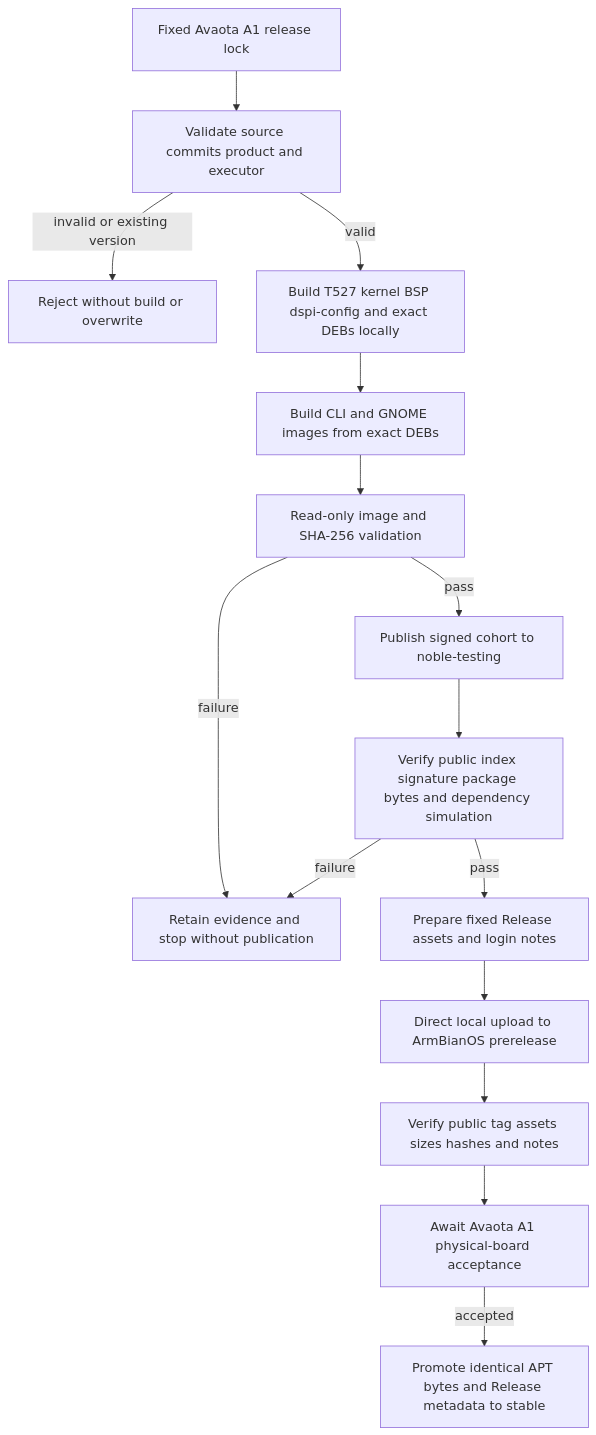
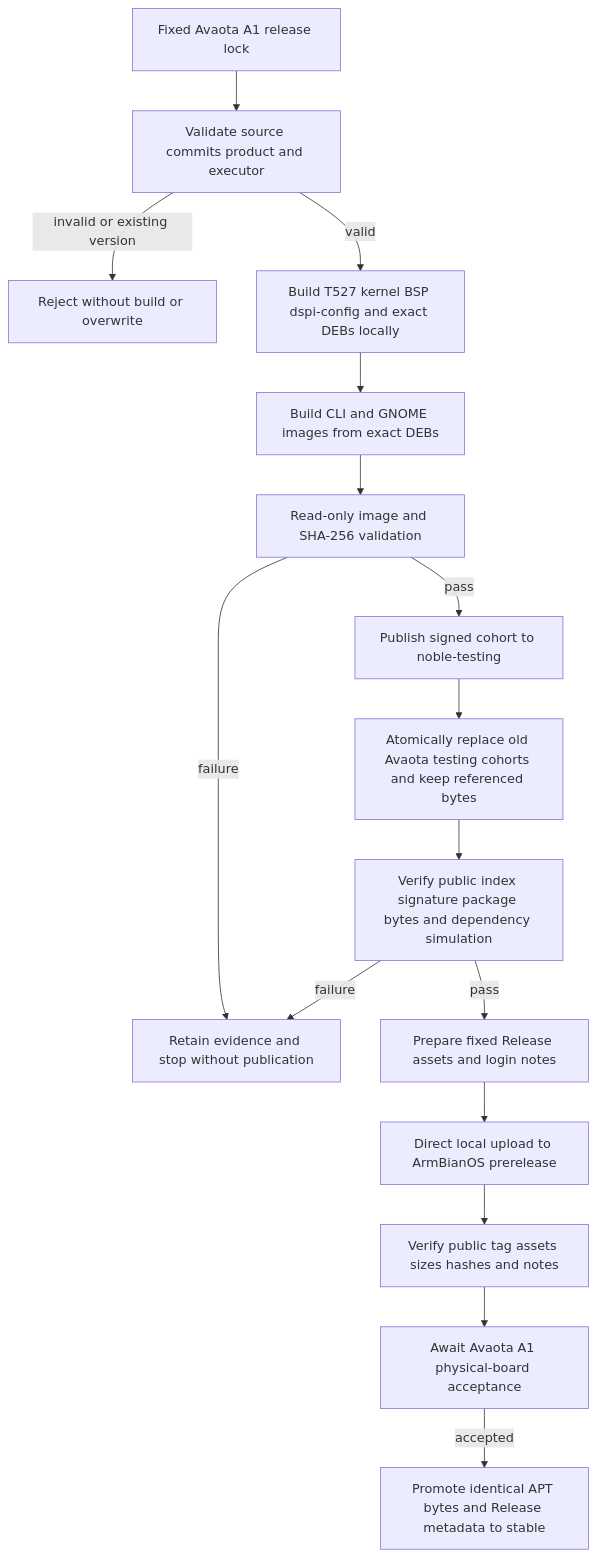
One commit to dshanpi/dshanpi-build changed the diagram in docs/change-records/CR-2026-10-14-avaota-a1-t527-image-release.md. Above: the diagram before and after it, drawn with Mermaid. The commit also changed other lines of this file and 3 other files, not shown here.

Commit message:
release: replace legacy Avaota testing cohorts

````diff
--- a/docs/change-records/CR-2026-10-14-avaota-a1-t527-image-release.md
+++ b/docs/change-records/CR-2026-10-14-avaota-a1-t527-image-release.md
@@ -28,17 +33,18 @@
 ```mermaid
 flowchart TD
   A[Fixed Avaota A1 release lock] --> B[Validate source commits product and executor]
   B -->|invalid or existing version| C[Reject without build or overwrite]
   B -->|valid| D[Build T527 kernel BSP dspi-config and exact DEBs locally]
   D --> E[Build CLI and GNOME images from exact DEBs]
   E --> F[Read-only image and SHA-256 validation]
   F -->|failure| G[Retain evidence and stop without publication]
   F -->|pass| H[Publish signed cohort to noble-testing]
-  H --> I[Verify public index signature package bytes and dependency simulation]
+  H --> H2[Atomically replace old Avaota testing cohorts and keep referenced bytes]
+  H2 --> I[Verify public index signature package bytes and dependency simulation]
   I -->|failure| G
   I -->|pass| J[Prepare fixed Release assets and login notes]
   J --> K[Direct local upload to ArmBianOS prerelease]
   K --> L[Verify public tag assets sizes hashes and notes]
   L --> M[Await Avaota A1 physical-board acceptance]
   M -->|accepted| N[Promote identical APT bytes and Release metadata to stable]
 ```
````
